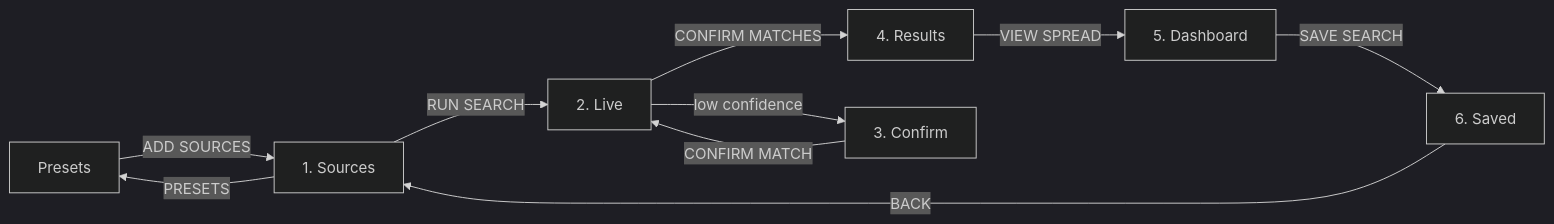
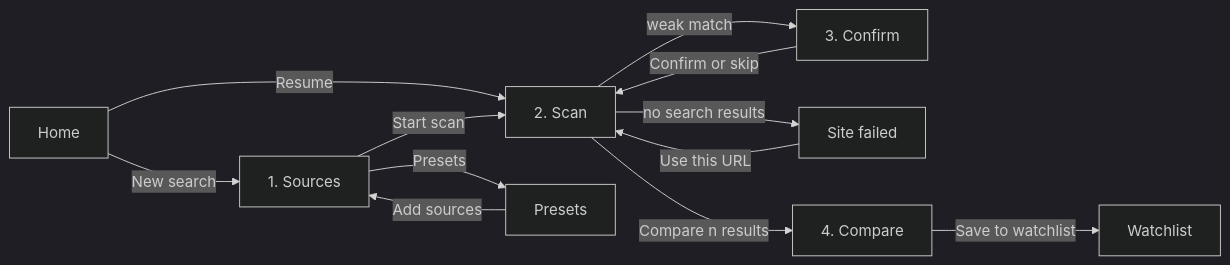
Before and after one commit to Keagan-Boucher/SIFT: the second of 3 diagrams in README.md, drawn with Mermaid (dark theme). The commit also changed other lines of this file and 17 other files, not shown here.

````diff
--- a/README.md
+++ b/README.md
@@ -447,12 +495,14 @@
 ```mermaid
 flowchart LR
-    P["Presets"] -->|ADD SOURCES| S
-    S["1. Sources"] -->|PRESETS| P
-    S -->|RUN SEARCH| L["2. Live"]
-    L -->|CONFIRM MATCHES| R["4. Results"]
-    L -->|low confidence| C["3. Confirm"]
-    C -->|CONFIRM MATCH| L
-    R -->|VIEW SPREAD| D["5. Dashboard"]
-    D -->|SAVE SEARCH| V["6. Saved"]
-    V -->|BACK| S
+    H["Home"] -->|New search| S["1. Sources"]
+    H -->|Resume| L
+    S -->|Presets| P["Presets"]
+    P -->|Add sources| S
+    S -->|Start scan| L["2. Scan"]
+    L -->|weak match| C["3. Confirm"]
+    L -->|no search results| F["Site failed"]
+    F -->|Use this URL| L
+    C -->|Confirm or skip| L
+    L -->|Compare n results| R["4. Compare"]
+    R -->|Save to watchlist| W["Watchlist"]
 ```
````
